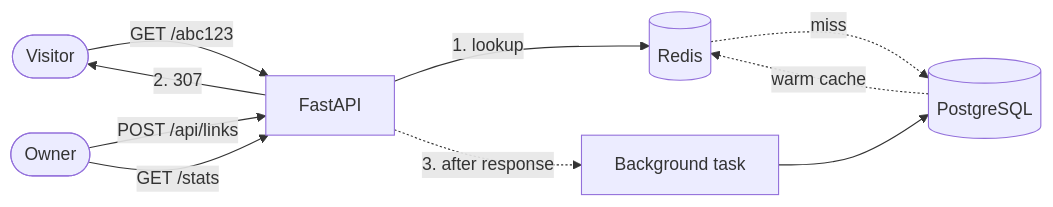
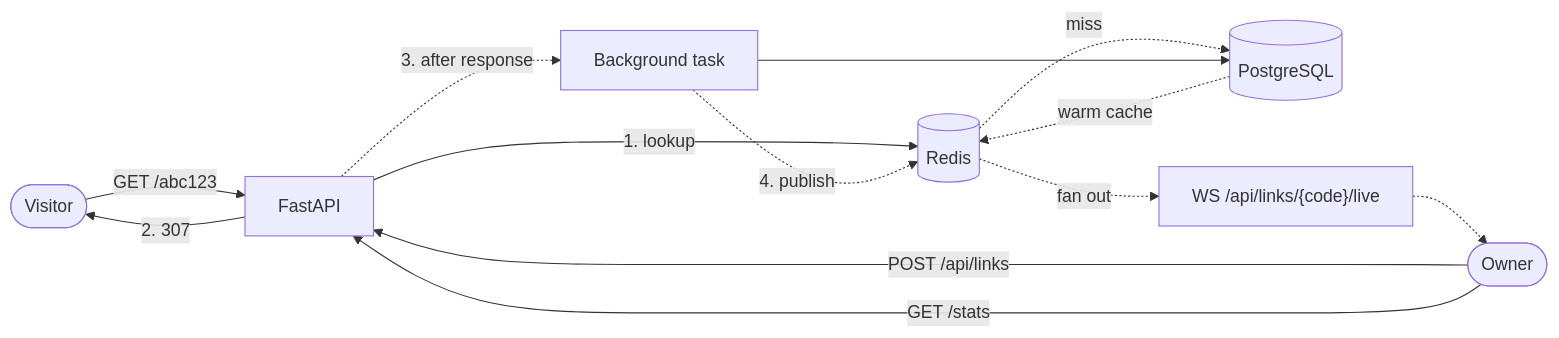
One commit to Nappuccino-tlg/linkly changed the first of 2 diagrams in README.md. Above: the diagram before and after it, drawn with Mermaid. The commit also changed other lines of this file and 9 other files, not shown here.

````diff
--- a/README.md
+++ b/README.md
@@ -23,13 +23,16 @@
 ```mermaid
 flowchart LR
     V([Visitor]) -->|GET /abc123| API[FastAPI]
     API -->|1. lookup| R[(Redis)]
     R -.->|miss| PG[(PostgreSQL)]
     PG -.->|warm cache| R
     API -->|2. 307| V
     API -.->|3. after response| BG[Background task]
     BG --> PG
+    BG -.->|4. publish| R
+    R -.->|fan out| WS["WS /api/links/{code}/live"]
+    WS -.-> U
 
     U([Owner]) -->|POST /api/links| API
     U -->|GET /stats| API
 ```
````
